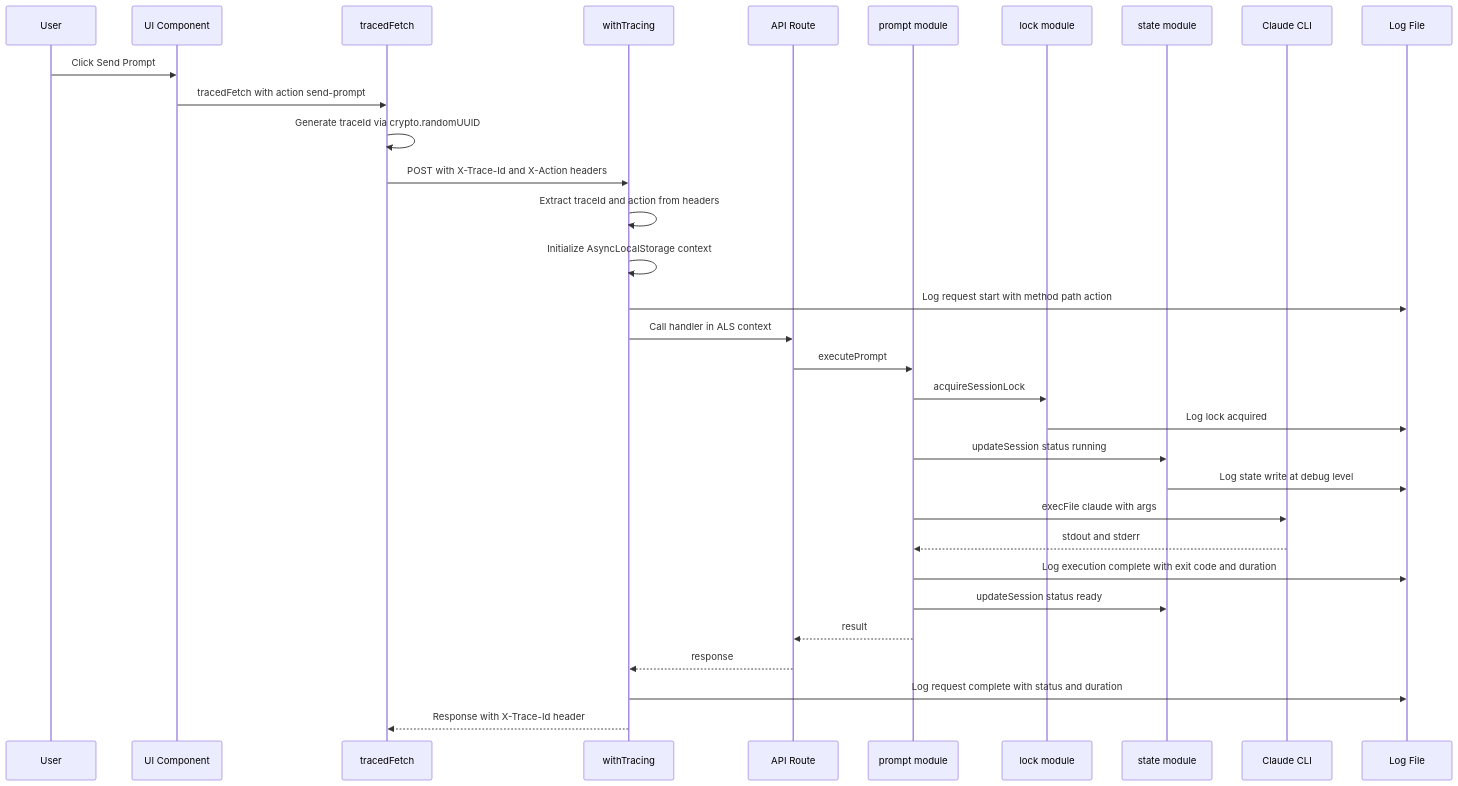
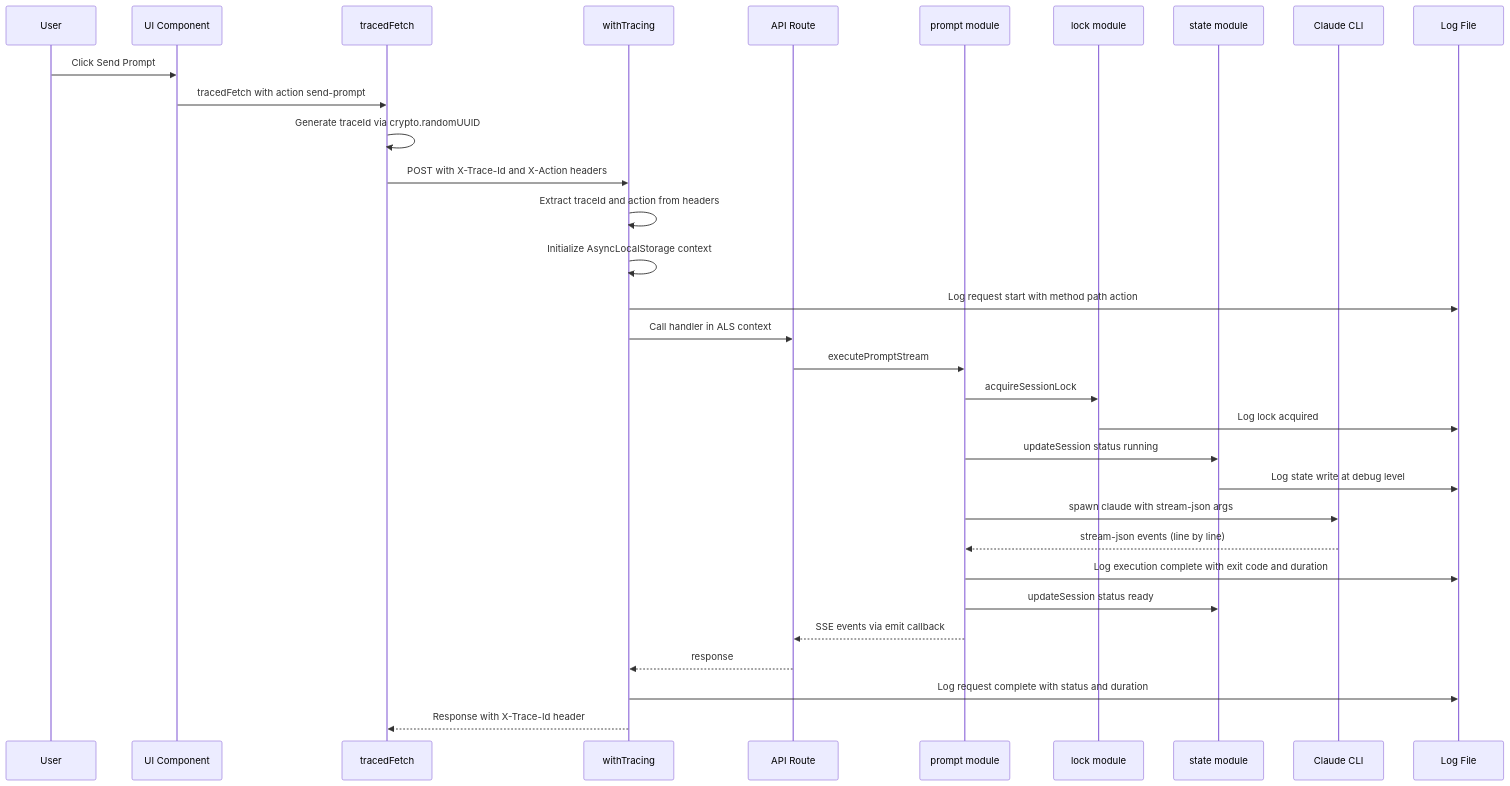
Before and after one commit to amhuppert/remote-ai-manager: the second of 3 diagrams in .kiro/specs/e2e-debugging-instrumentation/design.md, drawn with Mermaid. The commit also changed 33 other files, not shown here.

````diff
--- a/.kiro/specs/e2e-debugging-instrumentation/design.md
+++ b/.kiro/specs/e2e-debugging-instrumentation/design.md
@@ -112,38 +112,38 @@
 ```mermaid
 sequenceDiagram
     participant User
     participant UI as UI Component
     participant TF as tracedFetch
     participant WT as withTracing
     participant Route as API Route
     participant Prompt as prompt module
     participant Lock as lock module
     participant State as state module
     participant CLI as Claude CLI
     participant Log as Log File
 
     User->>UI: Click Send Prompt
     UI->>TF: tracedFetch with action send-prompt
     TF->>TF: Generate traceId via crypto.randomUUID
     TF->>WT: POST with X-Trace-Id and X-Action headers
 
     WT->>WT: Extract traceId and action from headers
     WT->>WT: Initialize AsyncLocalStorage context
     WT->>Log: Log request start with method path action
 
     WT->>Route: Call handler in ALS context
-    Route->>Prompt: executePrompt
+    Route->>Prompt: executePromptStream
     Prompt->>Lock: acquireSessionLock
     Lock->>Log: Log lock acquired
     Prompt->>State: updateSession status running
     State->>Log: Log state write at debug level
-    Prompt->>CLI: execFile claude with args
-    CLI-->>Prompt: stdout and stderr
+    Prompt->>CLI: spawn claude with stream-json args
+    CLI-->>Prompt: stream-json events (line by line)
     Prompt->>Log: Log execution complete with exit code and duration
     Prompt->>State: updateSession status ready
-    Prompt-->>Route: result
+    Prompt-->>Route: SSE events via emit callback
 
     Route-->>WT: response
     WT->>Log: Log request complete with status and duration
     WT-->>TF: Response with X-Trace-Id header
 ```
````
